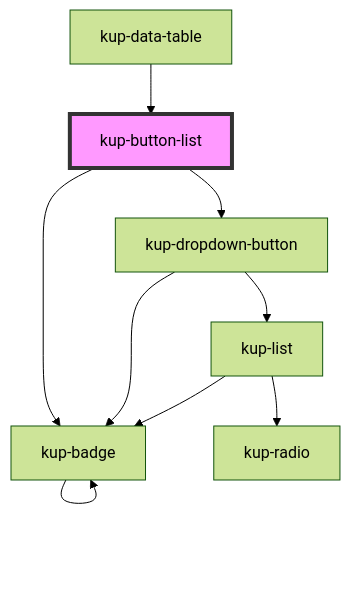
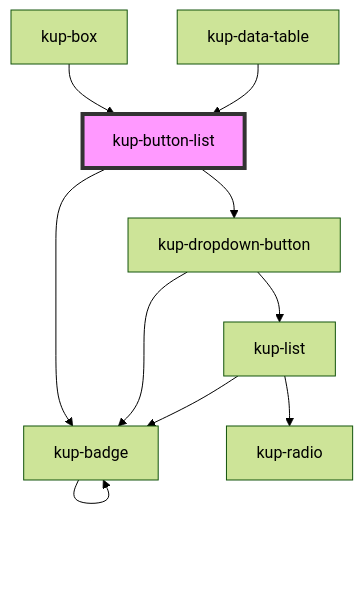
Before and after one commit to smeup/ketchup: the diagram in packages/ketchup/src/components/kup-button-list/readme.md, drawn with Mermaid (forest theme). The commit also changed other lines of this file and 18 other files, not shown here.

````diff
--- a/packages/ketchup/src/components/kup-button-list/readme.md
+++ b/packages/ketchup/src/components/kup-button-list/readme.md
@@ -87,12 +88,13 @@
 ```mermaid
 graph TD;
   kup-button-list --> kup-dropdown-button
   kup-button-list --> kup-badge
   kup-dropdown-button --> kup-list
   kup-dropdown-button --> kup-badge
   kup-list --> kup-radio
   kup-list --> kup-badge
   kup-badge --> kup-badge
+  kup-box --> kup-button-list
   kup-data-table --> kup-button-list
   style kup-button-list fill:#f9f,stroke:#333,stroke-width:4px
 ```
````
